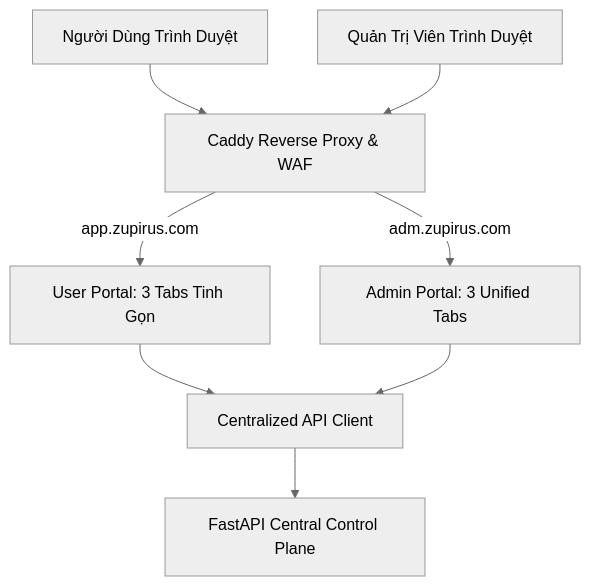
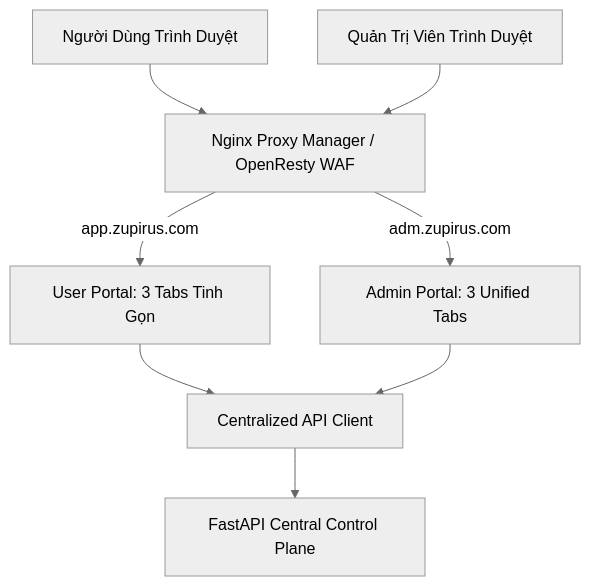
One commit to car230698-blip/zupirus-quant-lab changed the first of 3 diagrams in PORTAL_SYSTEM_INVENTORY.md. Above: the diagram before and after it, drawn with Mermaid (neutral theme). The commit also changed other lines of this file and 4 other files, not shown here.

````diff
--- a/PORTAL_SYSTEM_INVENTORY.md
+++ b/PORTAL_SYSTEM_INVENTORY.md
@@ -31,13 +31,13 @@
 ```mermaid
 graph TD
-    UserClient[Người Dùng Trình Duyệt] --> Caddy[Caddy Reverse Proxy & WAF]
-    AdminClient[Quản Trị Viên Trình Duyệt] --> Caddy
+    UserClient[Người Dùng Trình Duyệt] --> NPM[Nginx Proxy Manager / OpenResty WAF]
+    AdminClient[Quản Trị Viên Trình Duyệt] --> NPM
     
-    Caddy -->|app.zupirus.com| UserPortal[User Portal: 3 Tabs Tinh Gọn]
-    Caddy -->|adm.zupirus.com| AdminPortal[Admin Portal: 3 Unified Tabs]
+    NPM -->|app.zupirus.com| UserPortal[User Portal: 3 Tabs Tinh Gọn]
+    NPM -->|adm.zupirus.com| AdminPortal[Admin Portal: 3 Unified Tabs]
     
     UserPortal --> ApiClient[Centralized API Client]
     AdminPortal --> ApiClient
     
     ApiClient --> FastApiBackend[FastAPI Central Control Plane]
 ```
````
